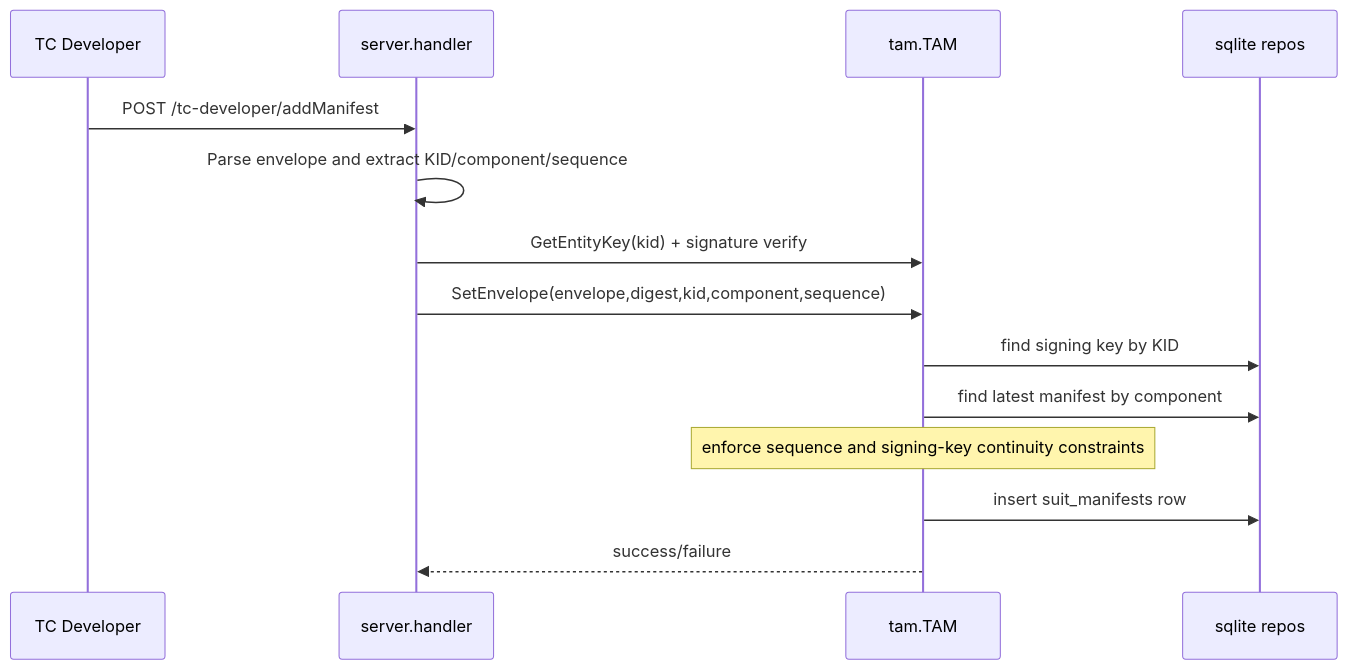
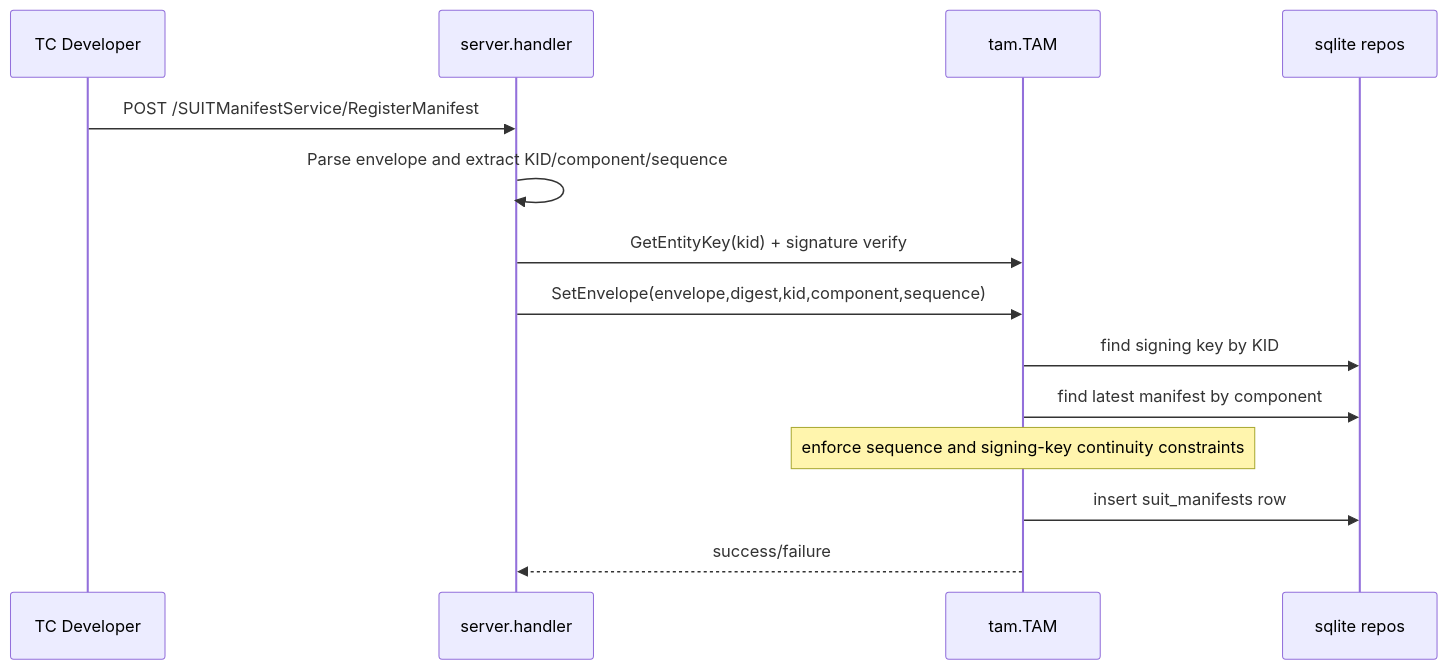
Before and after one commit to kentakayama/AttesTAM: the first of 3 diagrams in doc/TAM_STATUS_SUIT_MANIFEST_STORE.md, drawn with Mermaid. The commit also changed other lines of this file and 17 other files, not shown here.

````diff
--- a/doc/TAM_STATUS_SUIT_MANIFEST_STORE.md
+++ b/doc/TAM_STATUS_SUIT_MANIFEST_STORE.md
@@ -32,17 +32,17 @@
 ```mermaid
 sequenceDiagram
     participant Dev as TC Developer
     participant H as server.handler
     participant T as tam.TAM
     participant DB as sqlite repos
 
-    Dev->>H: POST /tc-developer/addManifest
+    Dev->>H: POST /SUITManifestService/RegisterManifest
     H->>H: Parse envelope and extract KID/component/sequence
     H->>T: GetEntityKey(kid) + signature verify
     H->>T: SetEnvelope(envelope,digest,kid,component,sequence)
     T->>DB: find signing key by KID
     T->>DB: find latest manifest by component
     note over T: enforce sequence and signing-key continuity constraints
     T->>DB: insert suit_manifests row
     T-->>H: success/failure
 ```
````
